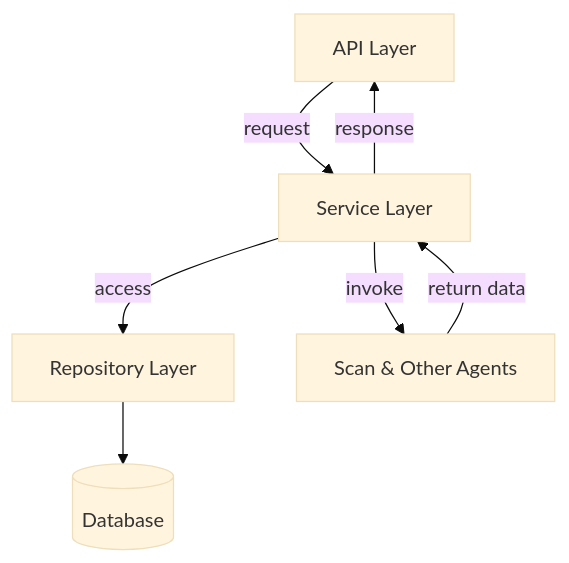
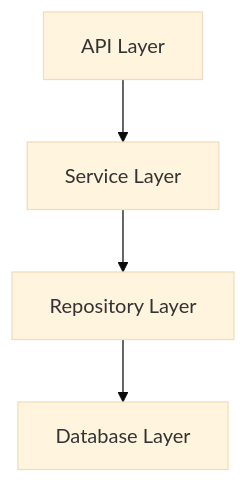
The diagram in ARCHITECTURE.md (markush0f/IRADocument), drawn with Mermaid (base theme) before and after one commit. The commit also changed other lines of this file and 5 other files, not shown here.

````diff
--- a/ARCHITECTURE.md
+++ b/ARCHITECTURE.md
@@ -18,9 +13,6 @@
 ```mermaid
 graph TD
-    API[API Layer] -->|request| SERVICE[Service Layer]
-    SERVICE -->|access| REPO[Repository Layer]
-    REPO --> DB[(Database)]
-    SERVICE -->|invoke| AGENTS[Scan & Other Agents]
-    AGENTS -->|return data| SERVICE
-    SERVICE -->|response| API
+    A[API Layer] --> B[Service Layer]
+    B --> C[Repository Layer]
+    C --> D[Database Layer]
 ```
````
